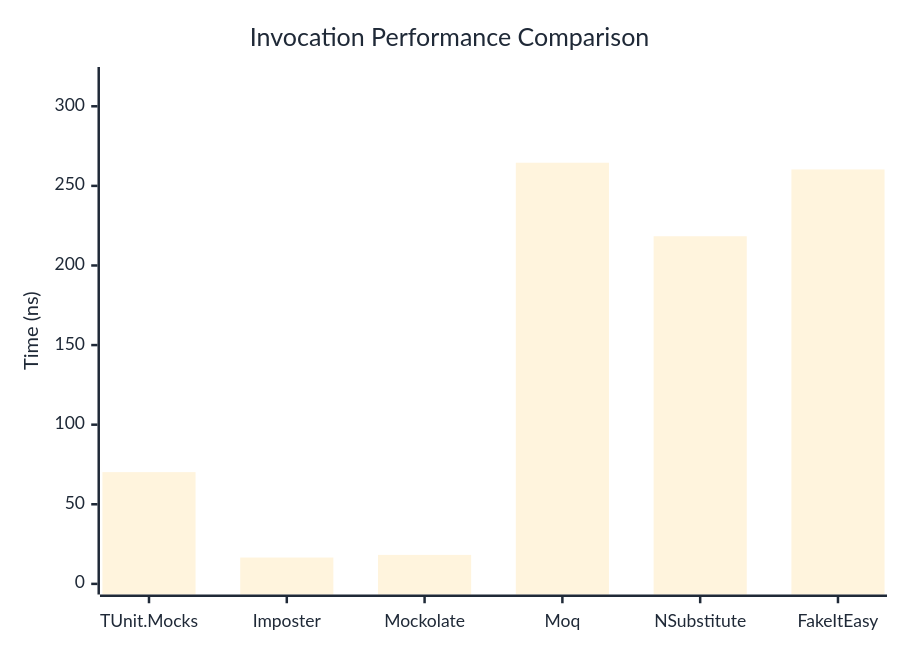
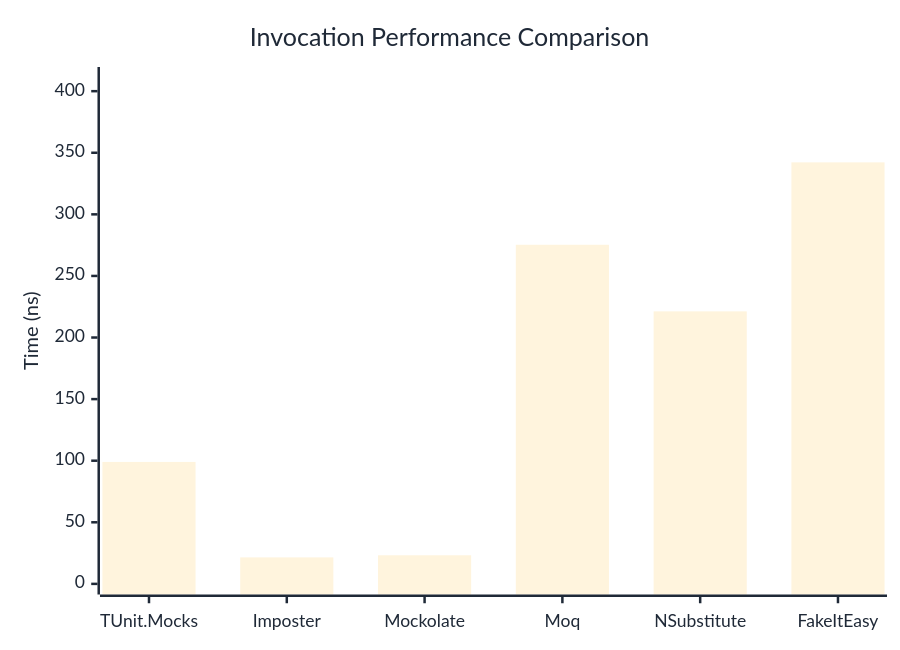
The second of 3 diagrams in docs/docs/benchmarks/mocks/Invocation.md (thomhurst/TUnit), drawn with Mermaid before and after one commit. The commit also changed other lines of this file and 14 other files, not shown here.

````diff
--- a/docs/docs/benchmarks/mocks/Invocation.md
+++ b/docs/docs/benchmarks/mocks/Invocation.md
@@ -71,27 +71,27 @@
 ```mermaid
 %%{init: {
   'theme':'base',
   'themeVariables': {
     'primaryColor': '#2563eb',
     'primaryTextColor': '#1f2937',
     'primaryBorderColor': '#1e40af',
     'lineColor': '#6b7280',
     'secondaryColor': '#7c3aed',
     'tertiaryColor': '#dc2626',
     'background': '#ffffff',
     'pie1': '#2563eb',
     'pie2': '#7c3aed',
     'pie3': '#dc2626',
     'pie4': '#f59e0b',
     'pie5': '#10b981',
     'pie6': '#06b6d4',
     'pie7': '#ec4899',
     'pie8': '#6366f1'
   }
 }}%%
 xychart-beta
   title "Invocation Performance Comparison"
   x-axis ["TUnit.Mocks", "Imposter", "Mockolate", "Moq", "NSubstitute", "FakeItEasy"]
-  y-axis "Time (ns)" 0 --> 318
-  bar [70.19, 16.55, 18.2, 264.54, 218.37, 260.33]
+  y-axis "Time (ns)" 0 --> 411
+  bar [98.99, 21.51, 23.21, 275.3, 221.23, 342.21]
 ```
````
